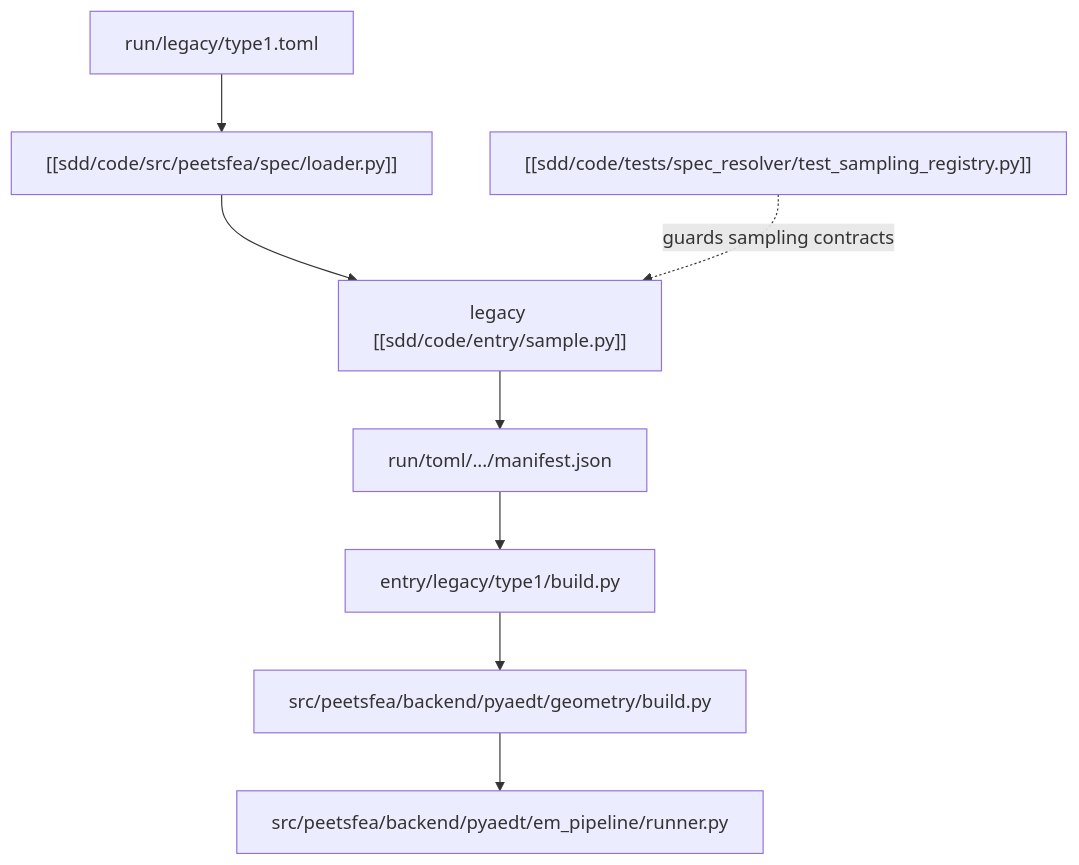
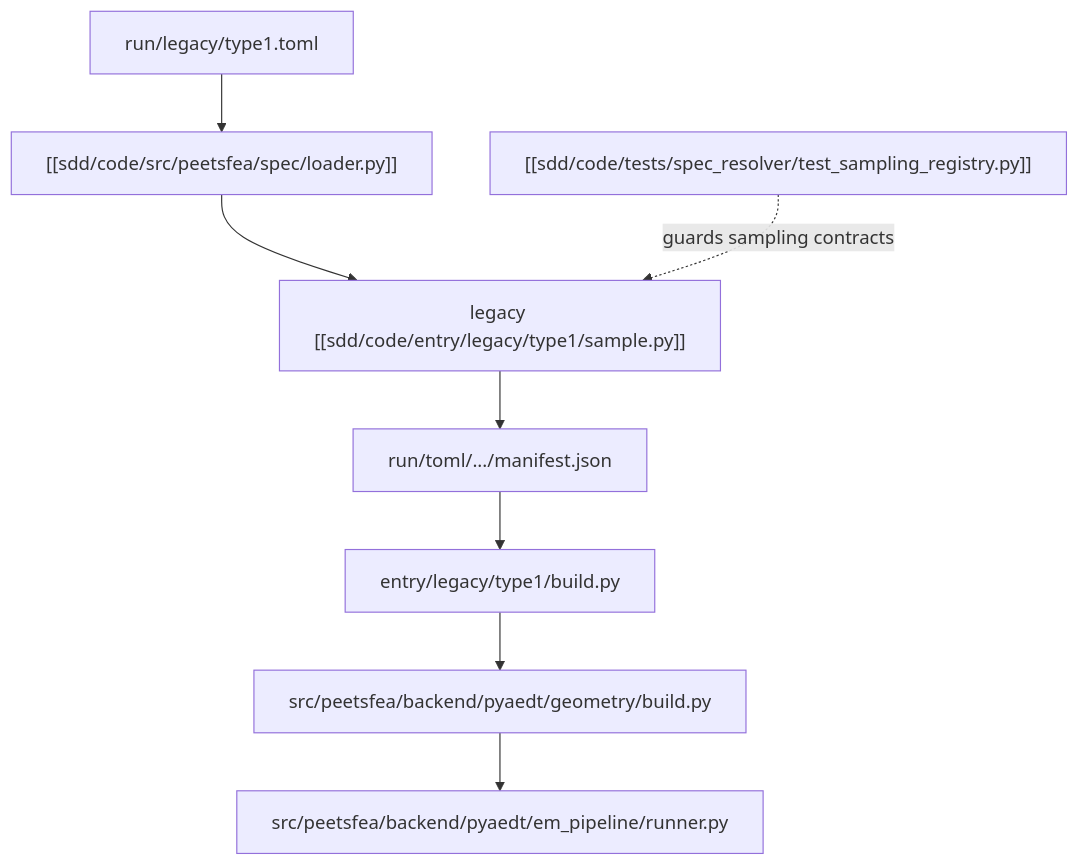
The first of 2 diagrams in sdd/diagrams/sample-build-flow.md (Glaysia/peetsfea), drawn with Mermaid before and after one commit. The commit also changed other lines of this file and 102 other files, not shown here.

Commit message:
docs: refresh SDD notes and sample-build follow-ups

````diff
--- a/sdd/diagrams/sample-build-flow.md
+++ b/sdd/diagrams/sample-build-flow.md
@@ -14,19 +14,19 @@
 ```mermaid
 flowchart TD
     Source["run/legacy/type1.toml"]
     Loader["[[sdd/code/src/peetsfea/spec/loader.py]]"]
-    Sample["legacy [[sdd/code/entry/sample.py]]"]
+    Sample["legacy [[sdd/code/entry/legacy/type1/sample.py]]"]
     Manifest["run/toml/.../manifest.json"]
     Build["entry/legacy/type1/build.py"]
     Geometry["src/peetsfea/backend/pyaedt/geometry/build.py"]
     EM["src/peetsfea/backend/pyaedt/em_pipeline/runner.py"]
     Tests["[[sdd/code/tests/spec_resolver/test_sampling_registry.py]]"]
 
     Source --> Loader
     Loader --> Sample
     Sample --> Manifest
     Manifest --> Build
     Build --> Geometry
     Geometry --> EM
     Tests -. guards sampling contracts .-> Sample
 ```
````
